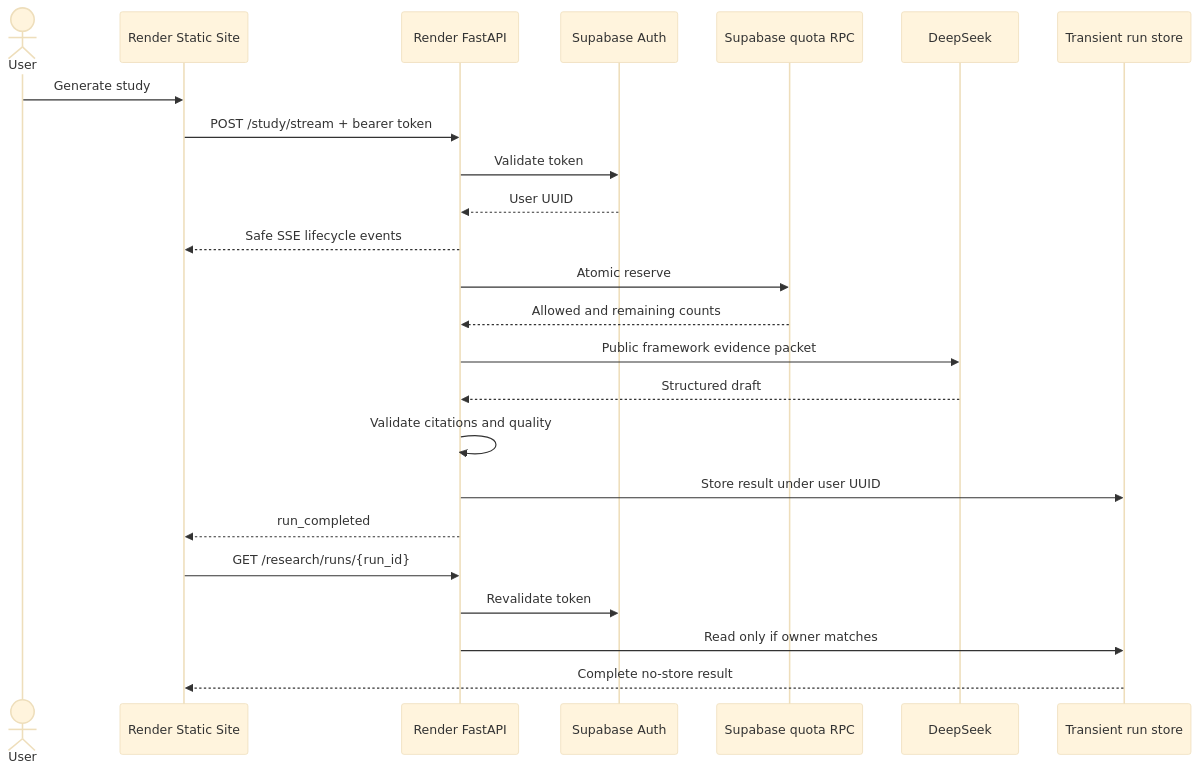
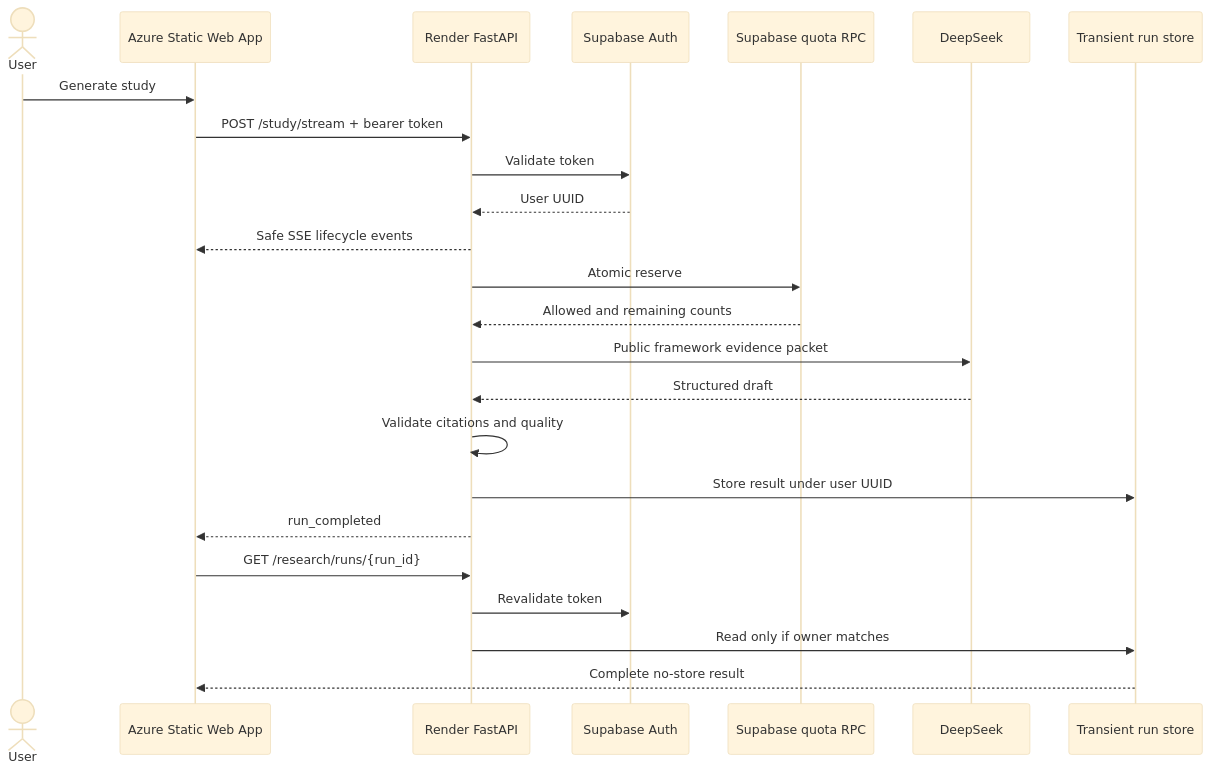
Before and after one commit to Luo-Z-Y/FirstRoll: the second of 2 diagrams in docs/ARCHITECTURE.md, drawn with Mermaid (base theme). The commit also changed other lines of this file and 15 other files, not shown here.

````diff
--- a/docs/ARCHITECTURE.md
+++ b/docs/ARCHITECTURE.md
@@ -138,27 +144,27 @@
 ```mermaid
 sequenceDiagram
     actor User
-    participant Web as Render Static Site
+    participant Web as Azure Static Web App
     participant API as Render FastAPI
     participant Auth as Supabase Auth
     participant Quota as Supabase quota RPC
     participant Model as DeepSeek
     participant Runs as Transient run store
 
     User->>Web: Generate study
     Web->>API: POST /study/stream + bearer token
     API->>Auth: Validate token
     Auth-->>API: User UUID
     API-->>Web: Safe SSE lifecycle events
     API->>Quota: Atomic reserve
     Quota-->>API: Allowed and remaining counts
     API->>Model: Public framework evidence packet
     Model-->>API: Structured draft
     API->>API: Validate citations and quality
     API->>Runs: Store result under user UUID
     API-->>Web: run_completed
     Web->>API: GET /research/runs/{run_id}
     API->>Auth: Revalidate token
     API->>Runs: Read only if owner matches
     Runs-->>Web: Complete no-store result
 ```
````
